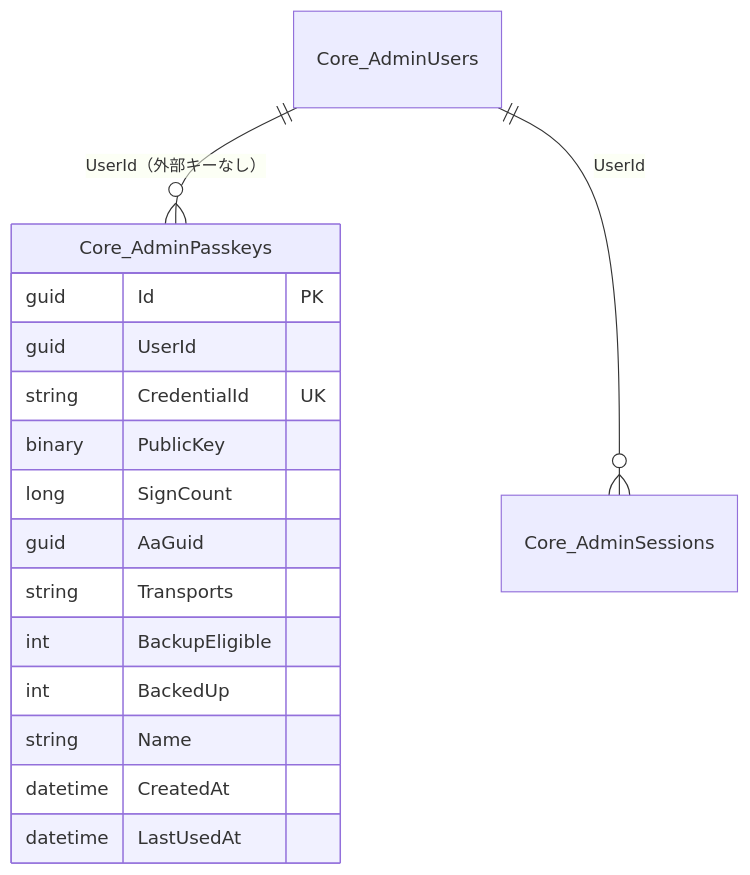
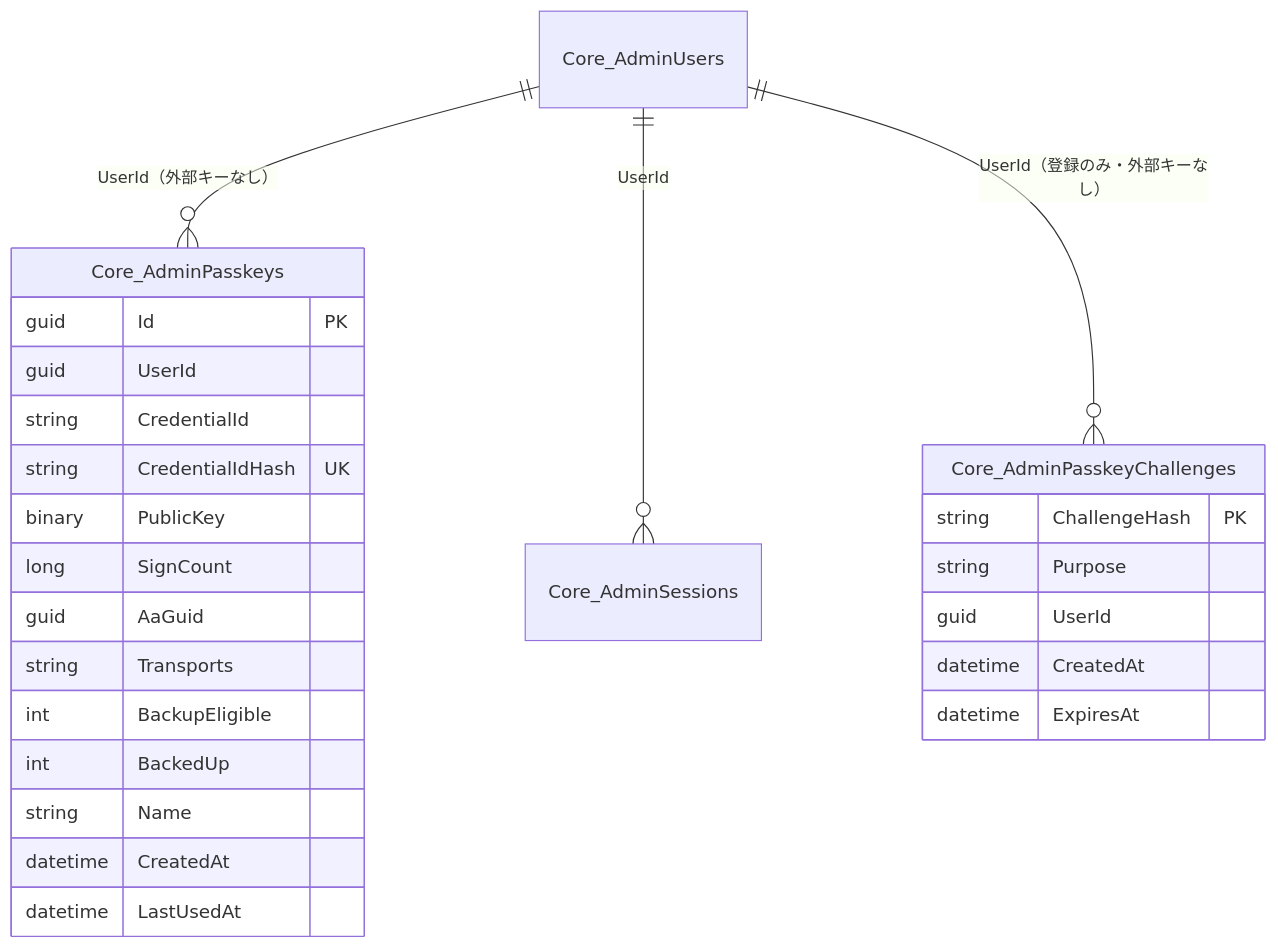
The second of 4 diagrams in _documents/管理画面の共通仕様/認証とセッションの仕様書.md (vehiclevisionjp/VehicleVision.PleasanterTools.Core), drawn with Mermaid before and after one commit. The commit also changed other lines of this file and 6 other files, not shown here.

First line of the commit message:
パスキーの表（Core_AdminPasskeys）と移行・ストアを実装する (#219)

````diff
--- a/_documents/管理画面の共通仕様/認証とセッションの仕様書.md
+++ b/_documents/管理画面の共通仕様/認証とセッションの仕様書.md
@@ -246,19 +263,28 @@
 ```mermaid
 erDiagram
     Core_AdminUsers ||--o{ Core_AdminPasskeys : "UserId（外部キーなし）"
     Core_AdminUsers ||--o{ Core_AdminSessions : "UserId"
+    Core_AdminUsers ||--o{ Core_AdminPasskeyChallenges : "UserId（登録のみ・外部キーなし）"
+    Core_AdminPasskeyChallenges {
+        string ChallengeHash PK
+        string Purpose
+        guid UserId
+        datetime CreatedAt
+        datetime ExpiresAt
+    }
     Core_AdminPasskeys {
         guid Id PK
         guid UserId
-        string CredentialId UK
+        string CredentialId
+        string CredentialIdHash UK
         binary PublicKey
         long SignCount
         guid AaGuid
         string Transports
         int BackupEligible
         int BackedUp
         string Name
         datetime CreatedAt
         datetime LastUsedAt
     }
 ```
````
